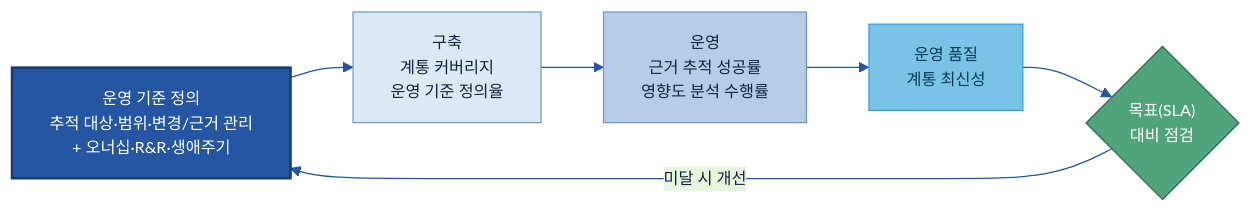
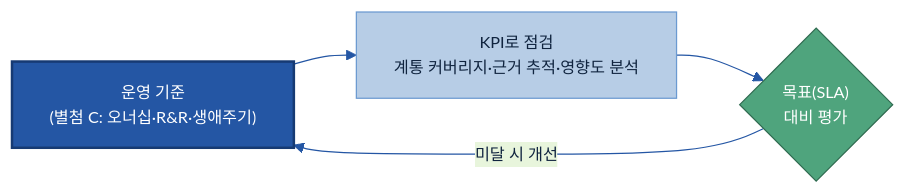
Before and after one commit to jin-kearney/ai-ready-data-manual: the fifth of 5 diagrams in 가이드 작성/C-3 데이터 계통 Lineage/C-3 데이터 계통 Lineage.md, drawn with Mermaid. The commit also changed other lines of this file and 3 other files, not shown here.

````diff
--- a/가이드 작성/C-3 데이터 계통 Lineage/C-3 데이터 계통 Lineage.md
+++ b/가이드 작성/C-3 데이터 계통 Lineage/C-3 데이터 계통 Lineage.md
@@ -424,16 +420,11 @@
 ```mermaid
 %%{init: {'theme':'base','themeVariables':{'primaryColor':'#DCE8F5','primaryBorderColor':'#2456A4','primaryTextColor':'#10243f','lineColor':'#2456A4','clusterBkg':'#EEF4FB','clusterBorder':'#6B9AD1','fontSize':'13px'}}}%%
 flowchart LR
-    STD["운영 기준 정의<br/>추적 대상·범위·변경/근거 관리<br/>+ 오너십·R&R·생애주기"]:::std
-    T1["구축<br/>계통 커버리지<br/>운영 기준 정의율"]:::t1
-    T2["운영<br/>근거 추적 성공률<br/>영향도 분석 수행률"]:::t2
-    T3["운영 품질<br/>계통 최신성"]:::t3
-    G{"목표(SLA)<br/>대비 점검"}:::gate
-    STD --> T1 --> T2 --> T3 --> G
-    G -->|미달 시 개선| STD
+    STD["운영 기준<br/>(별첨 C: 오너십·R&R·생애주기)"]:::std
+    K["KPI로 점검<br/>계통 커버리지·근거 추적·영향도 분석"]:::mid
+    G{"목표(SLA)<br/>대비 평가"}:::gate
+    STD --> K --> G -->|미달 시 개선| STD
     classDef std fill:#2456A4,color:#fff,stroke:#163a73,stroke-width:2px;
-    classDef t1 fill:#DCE8F5,stroke:#6B9AD1,color:#10243f;
-    classDef t2 fill:#B7CDE6,stroke:#6B9AD1,color:#10243f;
-    classDef t3 fill:#79C3E8,stroke:#3F9BD4,color:#0b3a52;
+    classDef mid fill:#B7CDE6,stroke:#6B9AD1,color:#10243f;
     classDef gate fill:#4FA47D,stroke:#2f6b50,color:#fff;
 ```
````
